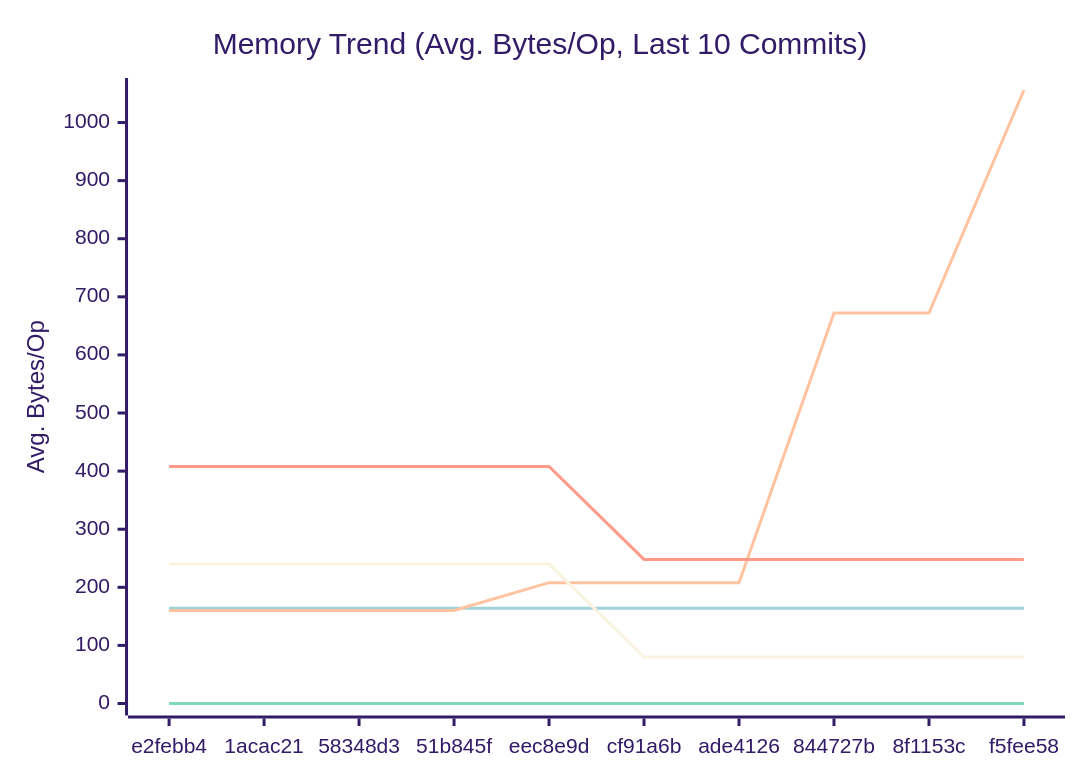
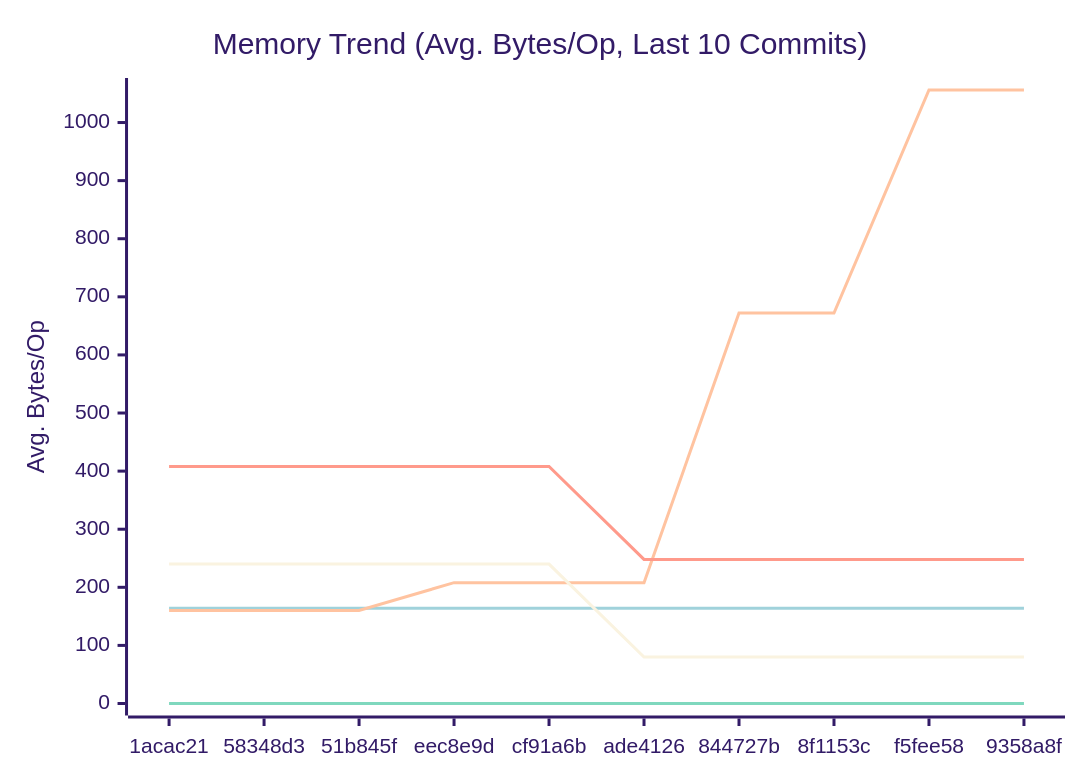
One commit to alsotoes/momo changed the second of 3 diagrams in docs/PERFORMANCE.md. Above: the diagram before and after it, drawn with Mermaid (forest theme). The commit also changed other lines of this file and 7 other files, not shown here.

````diff
--- a/docs/PERFORMANCE.md
+++ b/docs/PERFORMANCE.md
@@ -99,16 +97,16 @@
 ```mermaid
 xychart-beta
     title "Memory Trend (Avg. Bytes/Op, Last 10 Commits)"
     x-axis "Commit"
     y-axis "Avg. Bytes/Op"
-    x-axis [e2febb4,1acac21,58348d3,51b845f,eec8e9d,cf91a6b,ade4126,844727b,8f1153c,f5fee58]
+    x-axis [1acac21,58348d3,51b845f,eec8e9d,cf91a6b,ade4126,844727b,8f1153c,f5fee58,9358a8f]
     line "CheckMetricsAndSwap" [0,0,0,0,0,0,0,0,0,0]
     line "CrushOptimized" [0,0,0,0,0,0,0,0,0,0]
     line "CrushOriginal" [164,164,164,164,164,164,164,164,164,164]
     line "IndexDirectTracking" [0,0,0,0,0,0,0,0,0,0]
     line "IndexSearch" [0,0,0,0,0,0,0,0,0,0]
-    line "LoadGlobalConfig" [160,160,160,160,208,208,208,672,672,1056]
+    line "LoadGlobalConfig" [160,160,160,208,208,208,672,672,1056,1056]
     line "PadString" [0,0,0,0,0,0,0,0,0,0]
     line "ParseReplicationOrder_NoPrealloc" [408,408,408,408,408,248,248,248,248,248]
     line "ParseReplicationOrder_Prealloc" [240,240,240,240,240,80,80,80,80,80]
 ```
````
